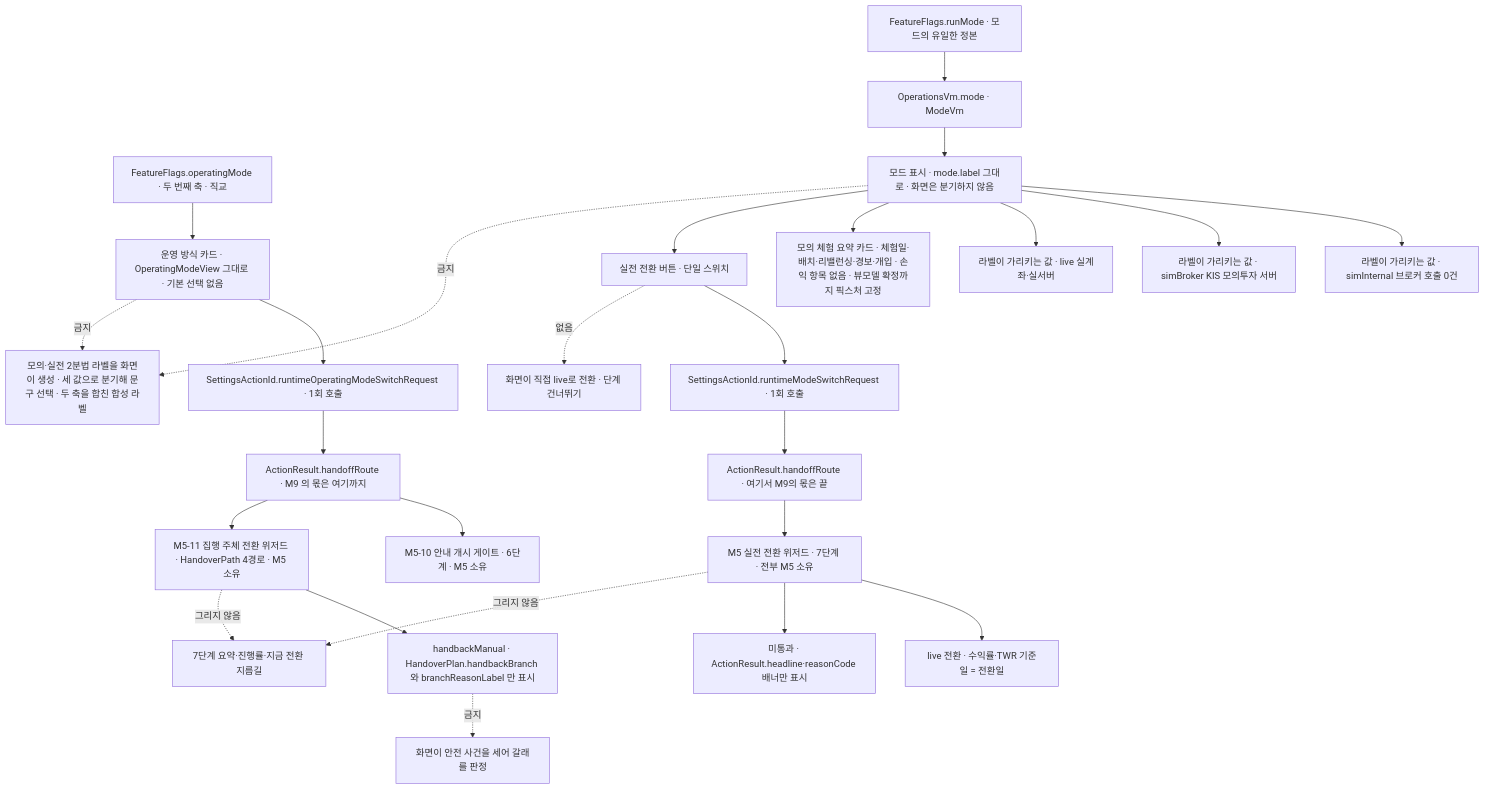
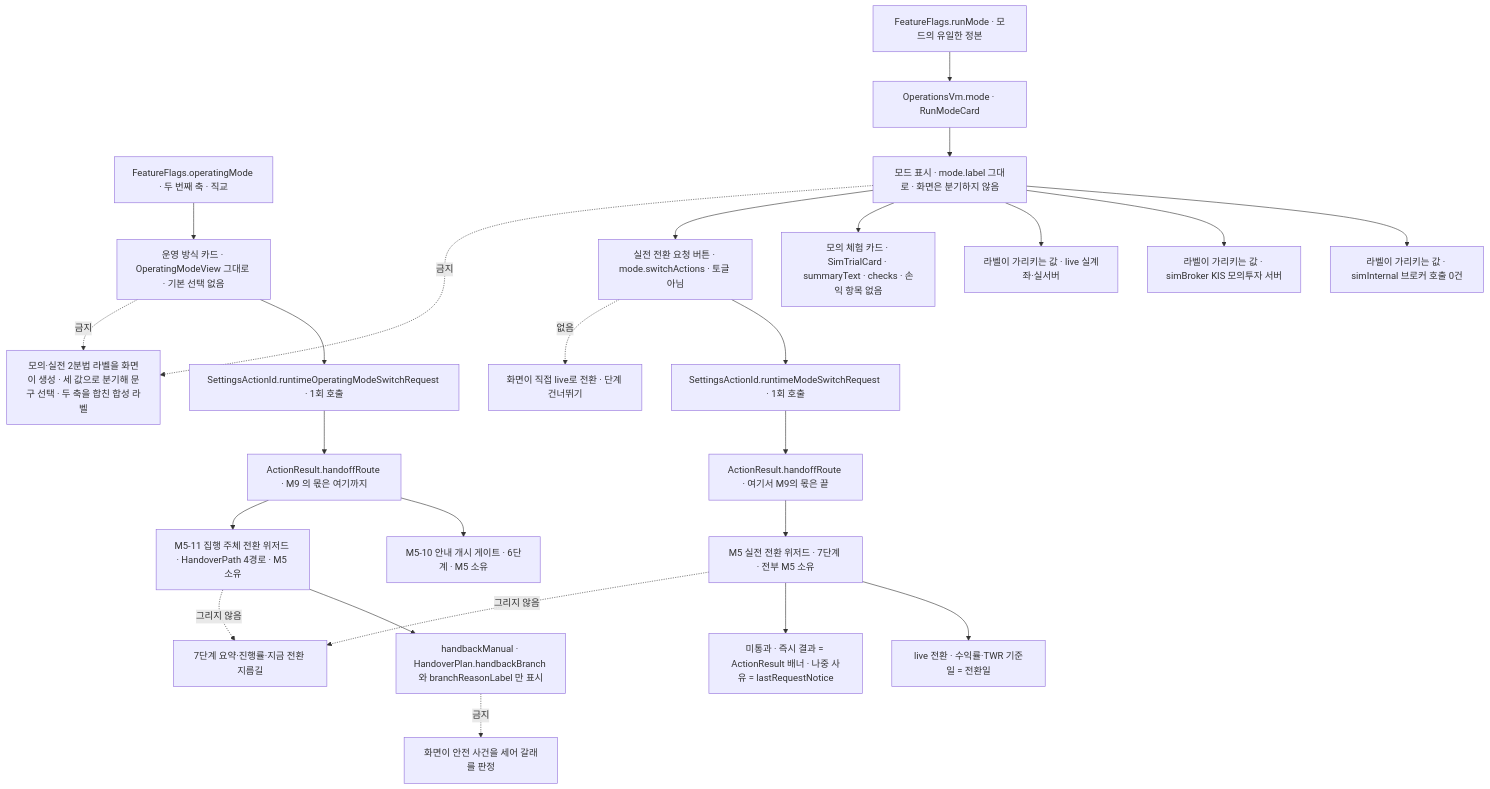
One commit to billybeom/AutoAlphaQuant changed diagram 13 of 24 in docs/ai-context/05_화면명세_M9_설정_관리자.md. Above: the diagram before and after it, drawn with Mermaid. The commit also changed other lines of this file and 4 other files, not shown here.

````diff
--- a/docs/ai-context/05_화면명세_M9_설정_관리자.md
+++ b/docs/ai-context/05_화면명세_M9_설정_관리자.md
@@ -524,27 +527,27 @@
 ```mermaid
 flowchart TD
-  FF["FeatureFlags.runMode · 모드의 유일한 정본"] --> VM["OperationsVm.mode · ModeVm"]
+  FF["FeatureFlags.runMode · 모드의 유일한 정본"] --> VM["OperationsVm.mode · RunModeCard"]
   OM["FeatureFlags.operatingMode · 두 번째 축 · 직교"] --> OMV["운영 방식 카드 · OperatingModeView 그대로 · 기본 선택 없음"]
   OMV --> OREQ["SettingsActionId.runtimeOperatingModeSwitchRequest · 1회 호출"]
   OREQ --> OHAND["ActionResult.handoffRoute · M9 의 몫은 여기까지"]
   OHAND --> GATE["M5-10 안내 개시 게이트 · 6단계 · M5 소유"]
   OHAND --> WIZ2["M5-11 집행 주체 전환 위저드 · HandoverPath 4경로 · M5 소유"]
   WIZ2 --> HB["handbackManual · HandoverPlan.handbackBranch 와 branchReasonLabel 만 표시"]
   VM --> DISP["모드 표시 · mode.label 그대로 · 화면은 분기하지 않음"]
   DISP --> M1["라벨이 가리키는 값 · simInternal 브로커 호출 0건"]
   DISP --> M2["라벨이 가리키는 값 · simBroker KIS 모의투자 서버"]
   DISP --> M3["라벨이 가리키는 값 · live 실계좌·실서버"]
-  DISP --> CARD["모의 체험 요약 카드 · 체험일·배치·리밸런싱·경보·개입 · 손익 항목 없음 · 뷰모델 확정까지 픽스처 고정"]
-  DISP --> BTN["실전 전환 버튼 · 단일 스위치"]
+  DISP --> CARD["모의 체험 카드 · SimTrialCard · summaryText · checks · 손익 항목 없음"]
+  DISP --> BTN["실전 전환 요청 버튼 · mode.switchActions · 토글 아님"]
   BTN --> REQ["SettingsActionId.runtimeModeSwitchRequest · 1회 호출"]
   REQ --> HAND["ActionResult.handoffRoute · 여기서 M9의 몫은 끝"]
   HAND --> WIZ["M5 실전 전환 위저드 · 7단계 · 전부 M5 소유"]
   WIZ --> LIVE["live 전환 · 수익률·TWR 기준일 = 전환일"]
-  WIZ --> BACK["미통과 · ActionResult.headline·reasonCode 배너만 표시"]
+  WIZ --> BACK["미통과 · 즉시 결과 = ActionResult 배너 · 나중 사유 = lastRequestNotice"]
   DISP -.->|"금지"| TWO["모의·실전 2분법 라벨을 화면이 생성 · 세 값으로 분기해 문구 선택 · 두 축을 합친 합성 라벨"]
   OMV -.->|"금지"| TWO
   HB -.->|"금지"| SELFJ2["화면이 안전 사건을 세어 갈래를 판정"]
   BTN -.->|"없음"| DIRECT["화면이 직접 live로 전환 · 단계 건너뛰기"]
   WIZ -.->|"그리지 않음"| STEPS["7단계 요약·진행률·지금 전환 지름길"]
   WIZ2 -.->|"그리지 않음"| STEPS
 ```
````
